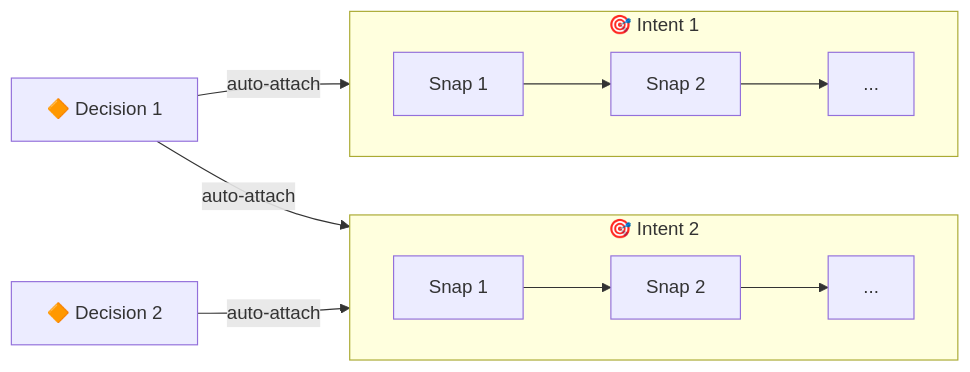
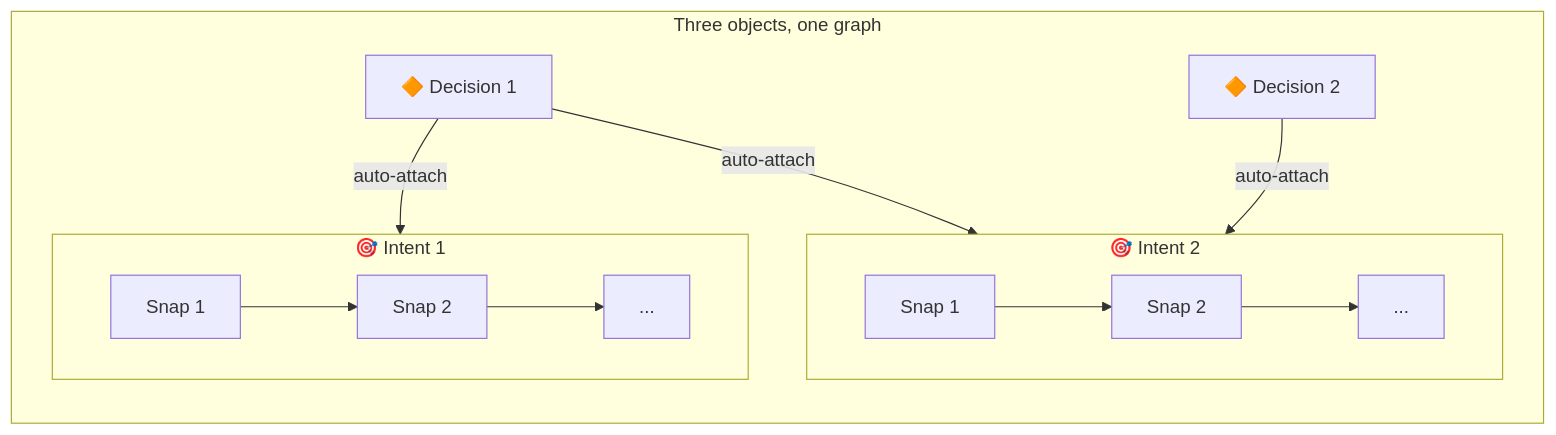
One commit to dozybot001/Intent changed the second of 2 diagrams in README.md. Above: the diagram before and after it, drawn with Mermaid. The commit also changed 1 other file, not shown here.

Commit message:
Add outer frame to Fig.2 object diagram

````diff
--- a/README.md
+++ b/README.md
@@ -56,19 +56,21 @@
 ```mermaid
 flowchart LR
-  D1["🔶 Decision 1"]
-  D2["🔶 Decision 2"]
+  subgraph Graph["Three objects, one graph"]
+    D1["🔶 Decision 1"]
+    D2["🔶 Decision 2"]
 
-  subgraph Intent1["🎯 Intent 1"]
-    direction LR
-    S1["Snap 1"] --> S2["Snap 2"] --> S3["..."]
-  end
+    subgraph Intent1["🎯 Intent 1"]
+      direction LR
+      S1["Snap 1"] --> S2["Snap 2"] --> S3["..."]
+    end
 
-  subgraph Intent2["🎯 Intent 2"]
-    direction LR
-    S4["Snap 1"] --> S5["Snap 2"] --> S6["..."]
+    subgraph Intent2["🎯 Intent 2"]
+      direction LR
+      S4["Snap 1"] --> S5["Snap 2"] --> S6["..."]
+    end
   end
 
   D1 -- auto-attach --> Intent1
   D1 -- auto-attach --> Intent2
   D2 -- auto-attach --> Intent2
 ```
````
